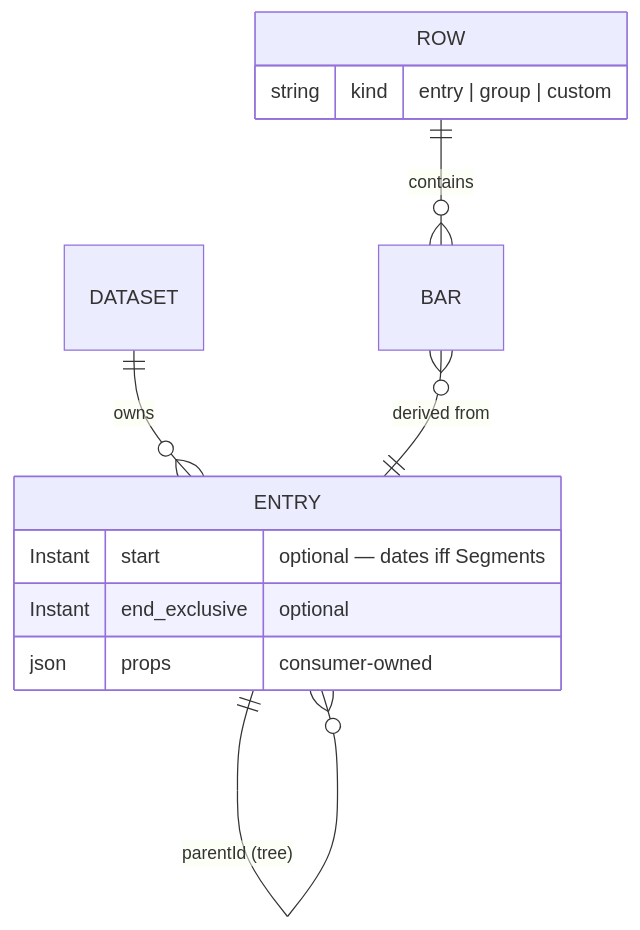
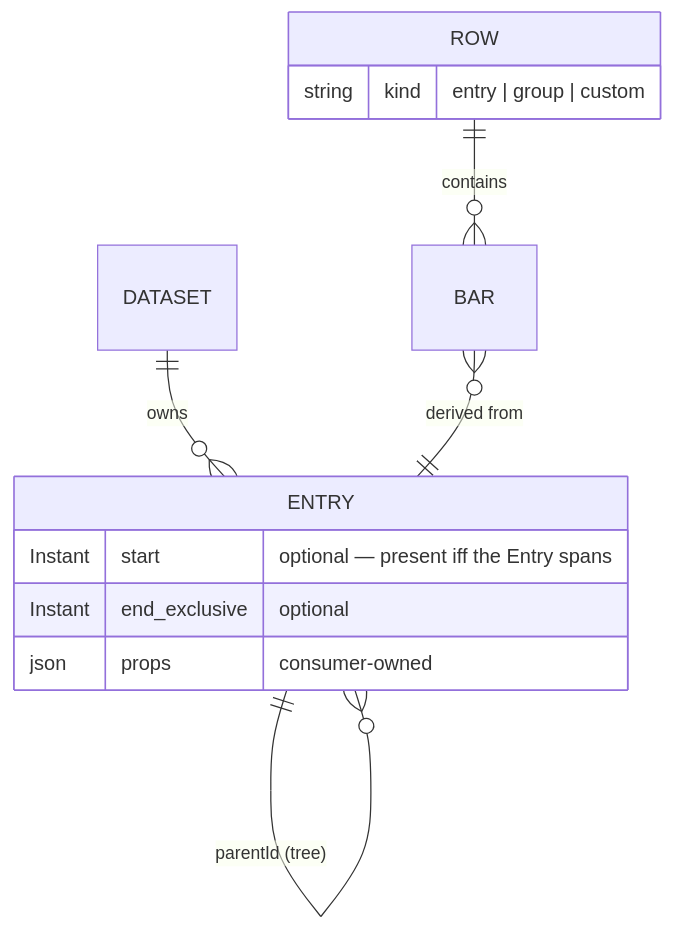
Before and after one commit to freegantt/freegantt: the third of 6 diagrams in plans/01-domain-architecture.md, drawn with Mermaid. The commit also changed other lines of this file and 3 other files, not shown here.

````diff
--- a/plans/01-domain-architecture.md
+++ b/plans/01-domain-architecture.md
@@ -188,17 +196,17 @@
 ```mermaid
 erDiagram
   DATASET ||--o{ ENTRY : owns
   ENTRY ||--o{ ENTRY : "parentId (tree)"
 
   ROW ||--o{ BAR : contains
   BAR }o--|| ENTRY : "derived from"
 
   ENTRY {
-    Instant start "optional — dates iff Segments"
+    Instant start "optional — present iff the Entry spans"
     Instant end_exclusive "optional"
     json props "consumer-owned"
   }
   ROW {
     string kind "entry | group | custom"
   }
 ```
````
